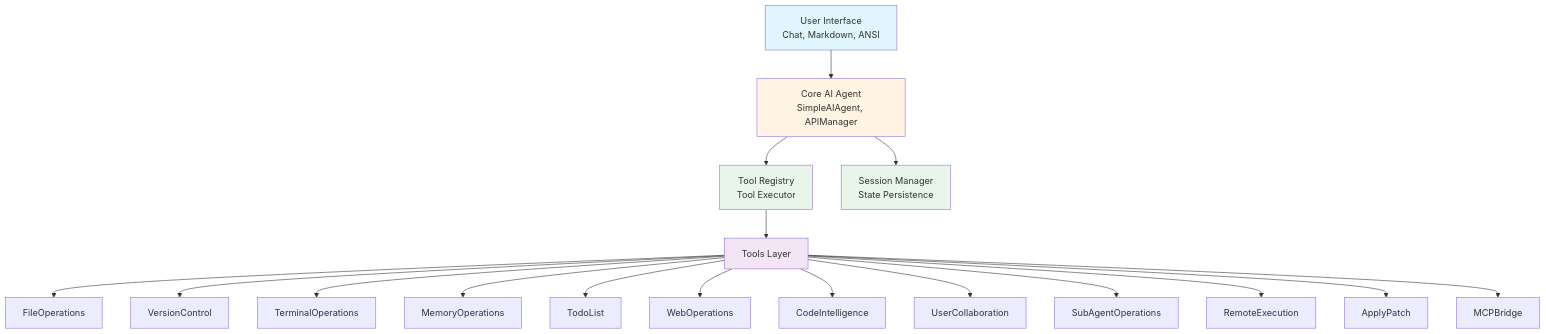
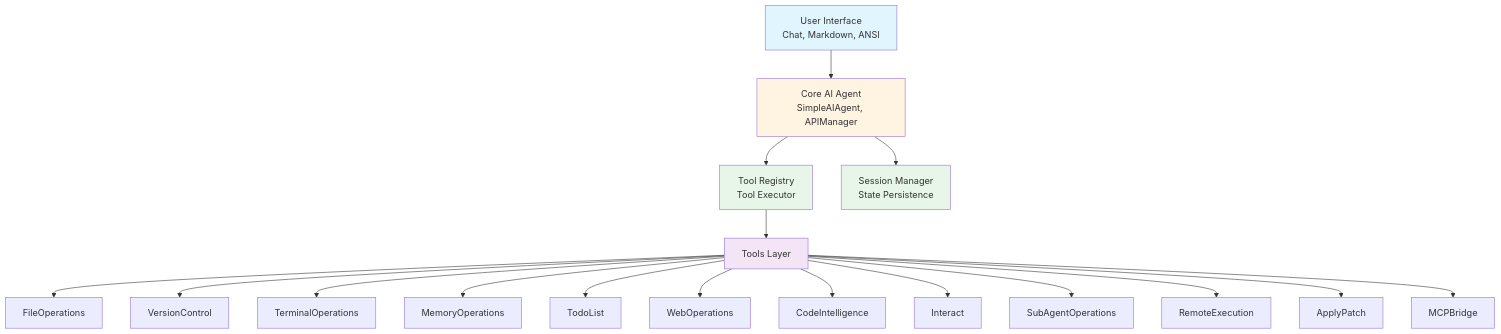
One commit to SyntheticAutonomicMind/CLIO changed the first of 6 diagrams in docs/SPECS/ARCHITECTURE.md. Above: the diagram before and after it, drawn with Mermaid. The commit also changed other lines of this file and 8 other files, not shown here.

````diff
--- a/docs/SPECS/ARCHITECTURE.md
+++ b/docs/SPECS/ARCHITECTURE.md
@@ -75,28 +75,28 @@
 ```mermaid
 graph TD
     UI[User Interface<br/>Chat, Markdown, ANSI] --> Agent[Core AI Agent<br/>SimpleAIAgent, APIManager]
     
     Agent --> Registry[Tool Registry<br/>Tool Executor]
     Agent --> Session[Session Manager<br/>State Persistence]
     
     Registry --> Tools[Tools Layer]
     
     Tools --> FileOps[FileOperations]
     Tools --> Git[VersionControl]
     Tools --> Terminal[TerminalOperations]
     Tools --> Memory[MemoryOperations]
     Tools --> Todo[TodoList]
     Tools --> Web[WebOperations]
     Tools --> CodeIntel[CodeIntelligence]
-    Tools --> UserCollab[UserCollaboration]
+    Tools --> Interact[Interact]
     Tools --> SubAgent[SubAgentOperations]
     Tools --> Remote[RemoteExecution]
     Tools --> Patch[ApplyPatch]
     Tools --> MCP[MCPBridge]
     
     style UI fill:#e1f5ff
     style Agent fill:#fff4e1
     style Registry fill:#e8f5e9
     style Session fill:#e8f5e9
     style Tools fill:#f3e5f5
 ```
````
